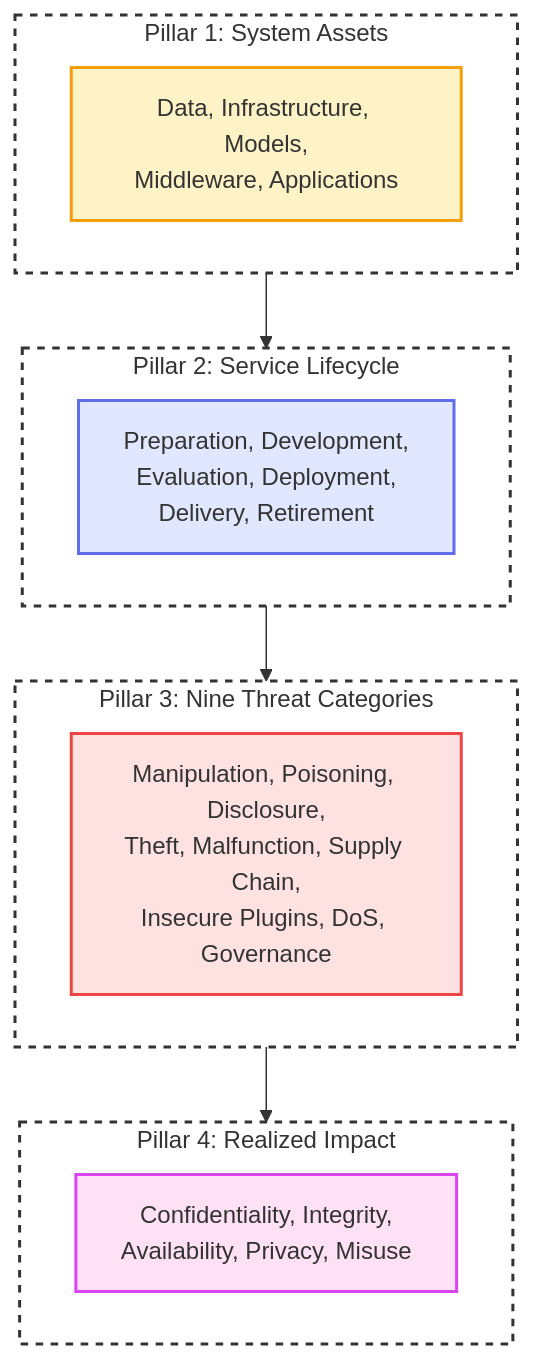
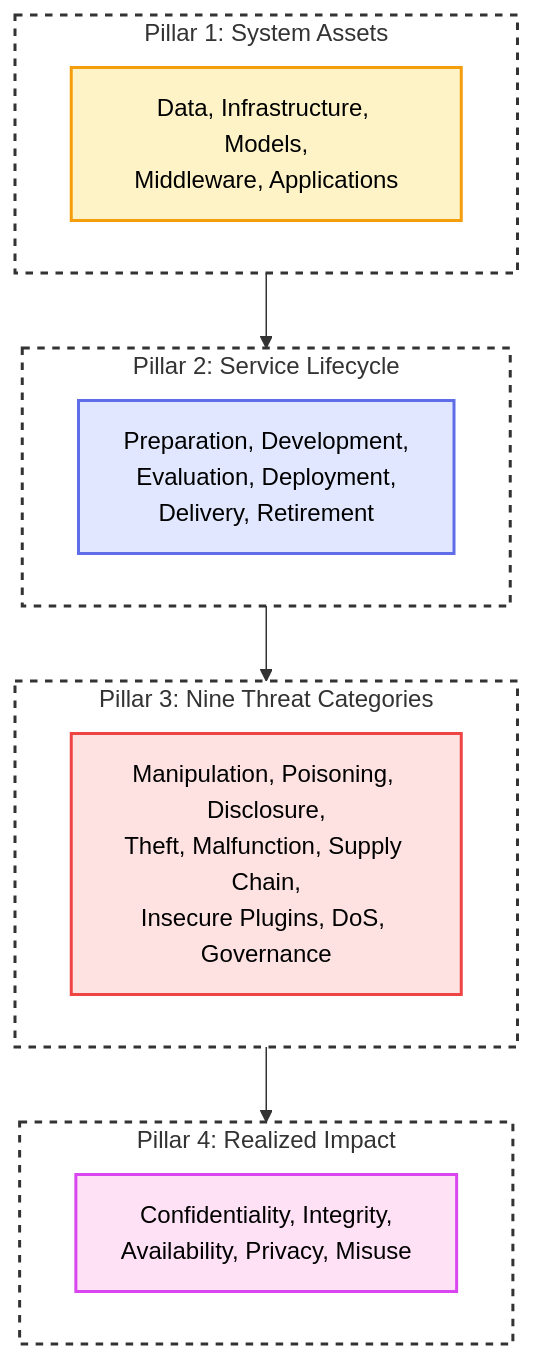
The diagram in docs/threat_vulnerability_risk/csa_llm_taxonomy.md (felipepenha/gurple), drawn with Mermaid before and after one commit. The commit also changed other lines of this file and 3 other files, not shown here.

Commit message:
docs(tvr): standardize Mermaid boundary styling and enforce black font contrast

````diff
--- a/docs/threat_vulnerability_risk/csa_llm_taxonomy.md
+++ b/docs/threat_vulnerability_risk/csa_llm_taxonomy.md
@@ -14,34 +14,37 @@
 ```mermaid
 flowchart TD
-    subgraph PillarAssets ["Pillar 1: System Assets"]
+    subgraph dashed_box_assets ["Pillar 1: System Assets"]
         Assets["Data, Infrastructure, Models,<br />Middleware, Applications"]
     end
-    subgraph PillarLifecycle ["Pillar 2: Service Lifecycle"]
+    subgraph dashed_box_lifecycle ["Pillar 2: Service Lifecycle"]
         Lifecycle["Preparation, Development,<br />Evaluation, Deployment,<br />Delivery, Retirement"]
     end
-    subgraph PillarThreats ["Pillar 3: Nine Threat Categories"]
+    subgraph dashed_box_threats ["Pillar 3: Nine Threat Categories"]
         Threats["Manipulation, Poisoning, Disclosure,<br />Theft, Malfunction, Supply Chain,<br />Insecure Plugins, DoS, Governance"]
     end
-    subgraph PillarImpact ["Pillar 4: Realized Impact"]
+    subgraph dashed_box_impact ["Pillar 4: Realized Impact"]
         Impact["Confidentiality, Integrity,<br />Availability, Privacy, Misuse"]
     end
 
-    PillarAssets --> PillarLifecycle
-    PillarLifecycle --> PillarThreats
-    PillarThreats --> PillarImpact
+    dashed_box_assets --> dashed_box_lifecycle
+    dashed_box_lifecycle --> dashed_box_threats
+    dashed_box_threats --> dashed_box_impact
 
-    classDef red fill:#fee2e2,stroke:#ef4444,stroke-width:2px;
-    classDef yellow fill:#fef3c7,stroke:#f59e0b,stroke-width:2px;
-    classDef blue fill:#e0e7ff,stroke:#5f6de9,stroke-width:2px;
-    classDef purple fill:#ffe1f5,stroke:#d946ef,stroke-width:2px;
+    classDef red fill:#fee2e2,stroke:#ef4444,stroke-width:2px,color:#000;
+    classDef yellow fill:#fef3c7,stroke:#f59e0b,stroke-width:2px,color:#000;
+    classDef blue fill:#e0e7ff,stroke:#5f6de9,stroke-width:2px,color:#000;
+    classDef purple fill:#ffe1f5,stroke:#d946ef,stroke-width:2px,color:#000;
 
     class Assets yellow;
     class Lifecycle blue;
     class Threats red;
     class Impact purple;
 
-    style PillarAssets stroke-dasharray: 5 5, fill:none,stroke:#333,stroke-width:2px;
-    style PillarLifecycle stroke-dasharray: 5 5, fill:none,stroke:#333,stroke-width:2px;
-    style PillarThreats stroke-dasharray: 5 5, fill:none,stroke:#333,stroke-width:2px;
-    style PillarImpact stroke-dasharray: 5 5, fill:none,stroke:#333,stroke-width:2px;
+    style dashed_box_assets stroke-dasharray: 5 5, fill:none,stroke:#333,stroke-width:2px;
+
+    style dashed_box_lifecycle stroke-dasharray: 5 5, fill:none,stroke:#333,stroke-width:2px;
+
+    style dashed_box_threats stroke-dasharray: 5 5, fill:none,stroke:#333,stroke-width:2px;
+
+    style dashed_box_impact stroke-dasharray: 5 5, fill:none,stroke:#333,stroke-width:2px;
 ```
````
